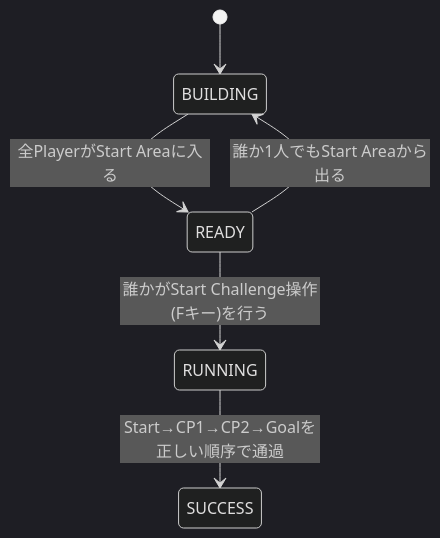
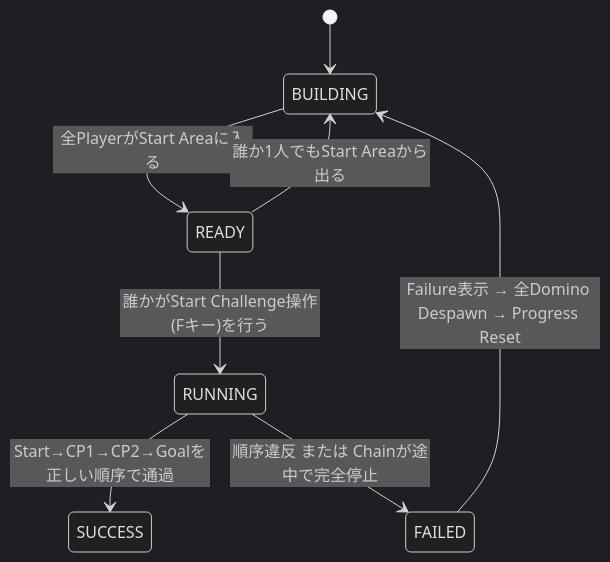
The first of 5 diagrams in Docs/GameFlow.md (skygonzaburou/domino-game), drawn with Mermaid (dark theme) before and after one commit. The commit also changed other lines of this file and 6 other files, not shown here.

Commit message:
Step 7.5: Strict game flow, failure detection and reset

````diff
--- a/Docs/GameFlow.md
+++ b/Docs/GameFlow.md
@@ -34,8 +34,10 @@
 ```mermaid
 stateDiagram-v2
     [*] --> BUILDING
     BUILDING --> READY: 全PlayerがStart Areaに入る
     READY --> BUILDING: 誰か1人でもStart Areaから出る
     READY --> RUNNING: 誰かがStart Challenge操作(Fキー)を行う
     RUNNING --> SUCCESS: Start→CP1→CP2→Goalを正しい順序で通過
+    RUNNING --> FAILED: 順序違反 または Chainが途中で完全停止
+    FAILED --> BUILDING: Failure表示 → 全Domino Despawn → Progress Reset
 ```
````
